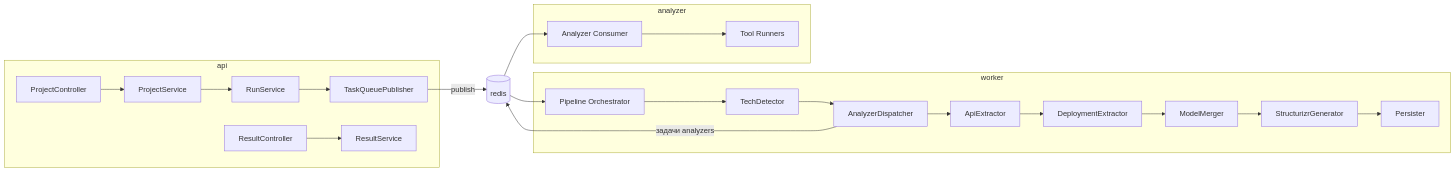
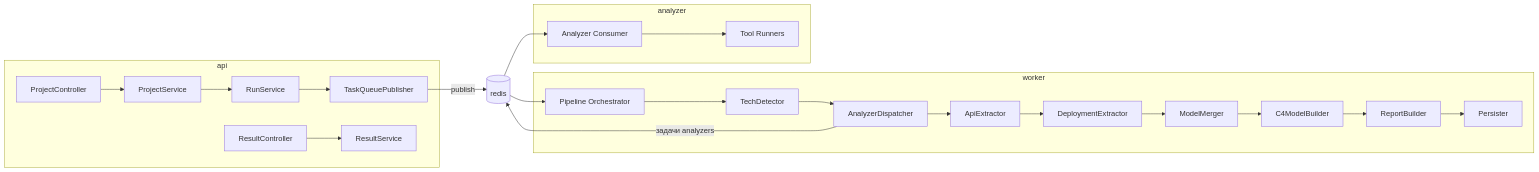
One commit to DVDemon/giturizer changed the third of 3 diagrams in docs/architecture.md. Above: the diagram before and after it, drawn with Mermaid. The commit also changed other lines of this file and 42 other files, not shown here.

````diff
--- a/docs/architecture.md
+++ b/docs/architecture.md
@@ -99,27 +99,28 @@
 ```mermaid
 flowchart LR
     subgraph api
         A1[ProjectController] --> A2[ProjectService]
         A2 --> A3[RunService]
         A3 --> A4[TaskQueuePublisher]
         A5[ResultController] --> A6[ResultService]
     end
     subgraph worker
         W1[Pipeline Orchestrator]
         W2[TechDetector]
         W3[AnalyzerDispatcher]
         W4[ApiExtractor]
         W5[DeploymentExtractor]
         W6[ModelMerger]
-        W7[StructurizrGenerator]
-        W8[Persister]
+        W7[C4ModelBuilder]
+        W8[ReportBuilder]
+        W9[Persister]
     end
     subgraph analyzer
         N1[Analyzer Consumer] --> N2[Tool Runners]
     end
     A4 -->|publish| RD[(redis)]
     RD --> W1
-    W1 --> W2 --> W3 --> W4 --> W5 --> W6 --> W7 --> W8
+    W1 --> W2 --> W3 --> W4 --> W5 --> W6 --> W7 --> W8 --> W9
     W3 -->|задачи analyzers| RD
     RD --> N1
 ```
````
